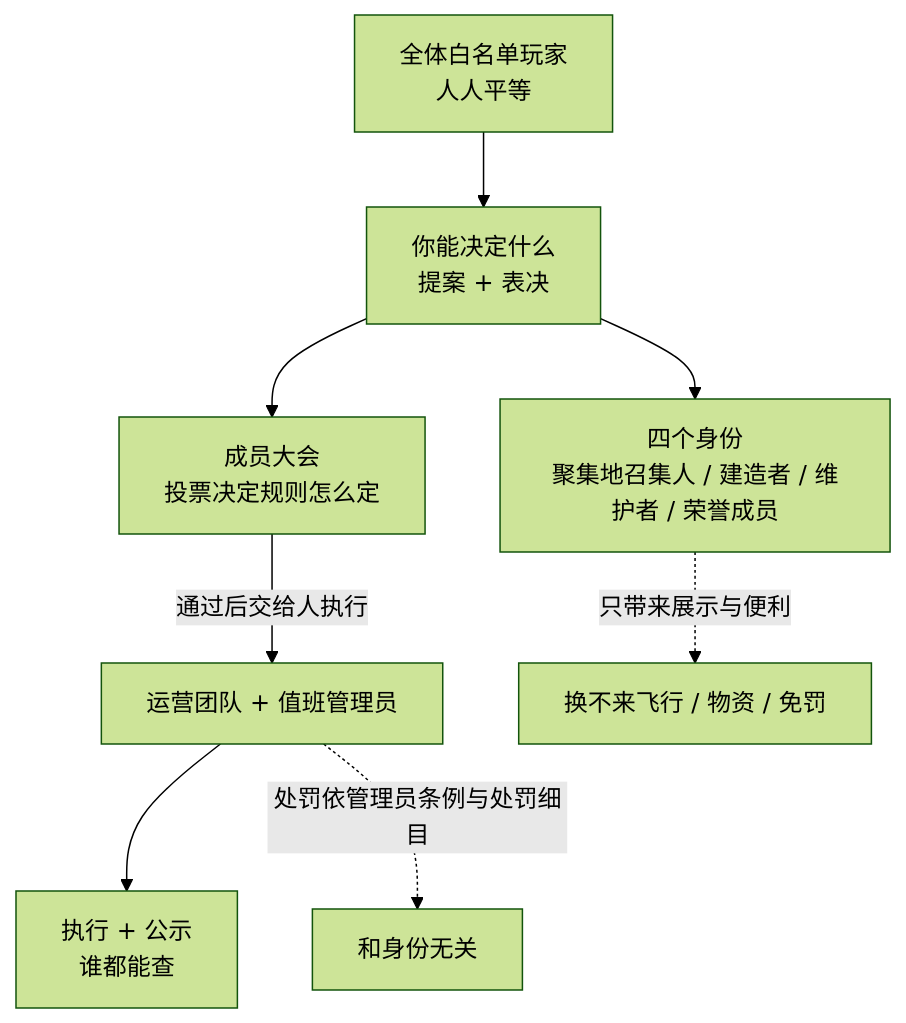
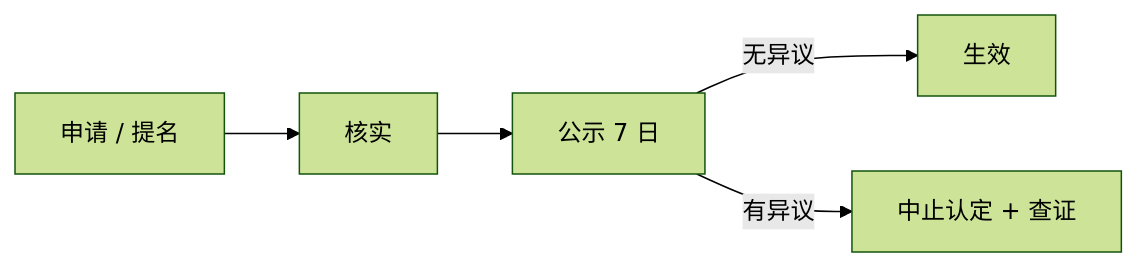
Before and after one commit to MCQingYu-Team/QingYu-docs: the first of 2 diagrams in 规则/清屿服务器玩家身份与治理条例.md, drawn with Mermaid (forest theme). The commit also changed other lines of this file and 6 other files, not shown here.

````diff
--- a/规则/清屿服务器玩家身份与治理条例.md
+++ b/规则/清屿服务器玩家身份与治理条例.md
@@ -26,10 +86,7 @@
 ```mermaid
-flowchart TB
-    A["全体白名单玩家<br/>人人平等"] --> B["你能决定什么<br/>提案 + 表决"]
-    B --> C["四个身份<br/>聚集地召集人 / 建造者 / 维护者 / 荣誉成员"]
-    B --> D["成员大会<br/>投票决定规则怎么定"]
-    D -->|通过后交给人执行| E["运营团队 + 值班管理员"]
-    E --> F["执行 + 公示<br/>谁都能查"]
-    C -.->|只带来展示与便利| G["换不来飞行 / 物资 / 免罚"]
-    E -.->|处罚依管理员条例与处罚细目| H["和身份无关"]
+flowchart LR
+    A["申请 / 提名"] --> B["核实"]
+    B --> C["公示 7 日"]
+    C -->|无异议| D["生效"]
+    C -->|有异议| E["中止认定 + 查证"]
 ```
````
